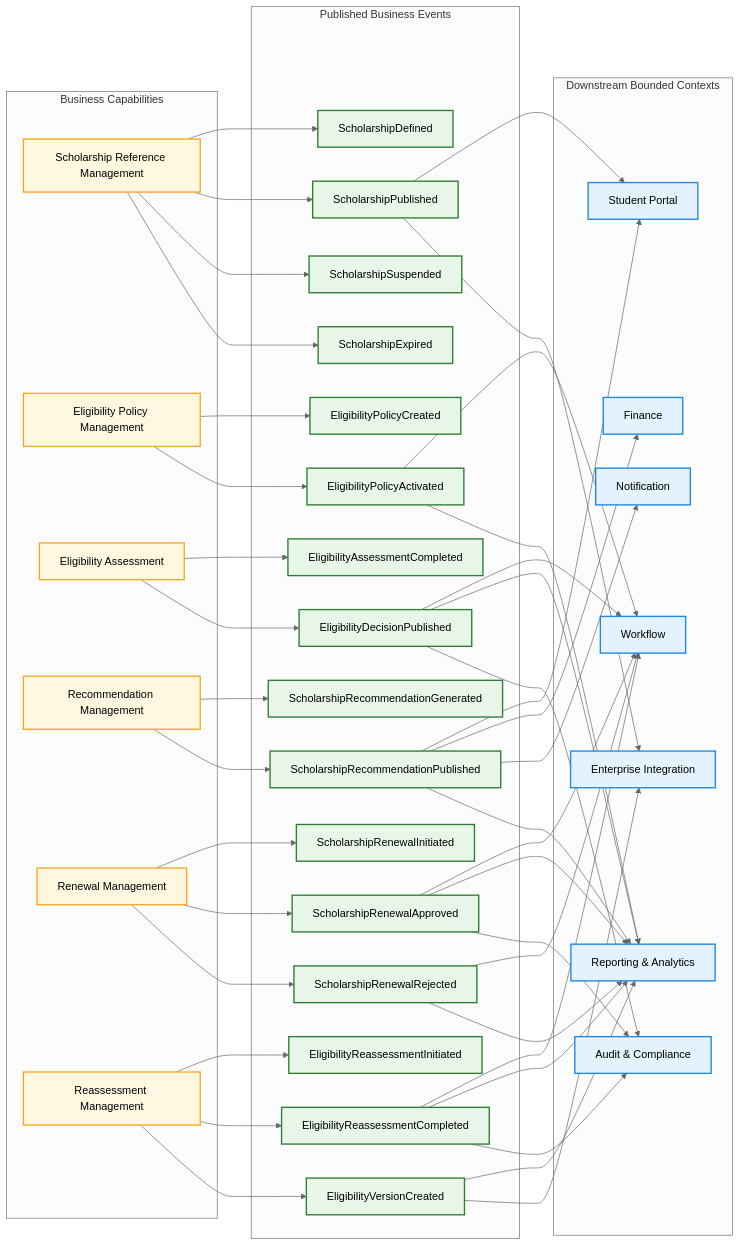
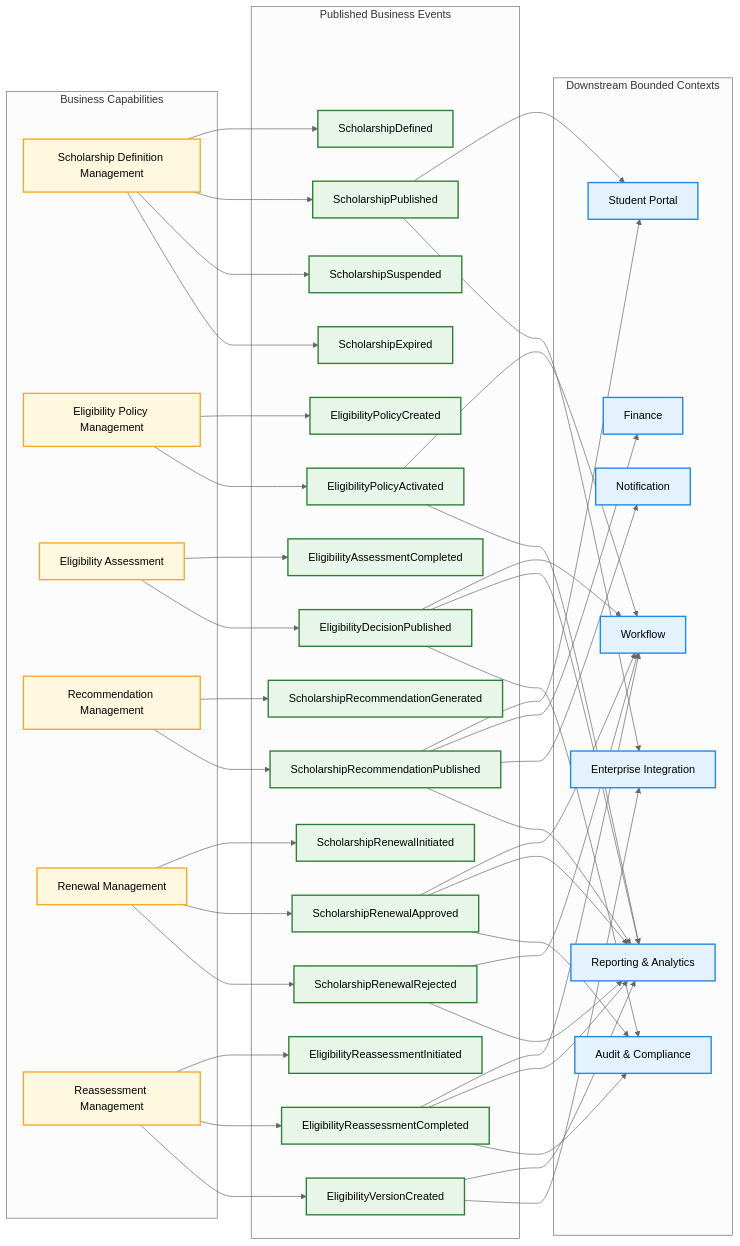
Before and after one commit to Varad1604/ERP_hark: diagram 11 of 15 in architecture/L2_Domain_Workflow_Architecture/section-c/L2-C07_Scholarship_Eligibility_Workflows.md, drawn with Mermaid (neutral theme). The commit also changed other lines of this file and 39 other files, not shown here.

```diff
--- a/architecture/L2_Domain_Workflow_Architecture/section-c/L2-C07_Scholarship_Eligibility_Workflows.md
+++ b/architecture/L2_Domain_Workflow_Architecture/section-c/L2-C07_Scholarship_Eligibility_Workflows.md
@@ -4151,7 +4158,7 @@
 
 subgraph CAP["Business Capabilities"]
 
-SD["Scholarship Reference Management"]
+SD["Scholarship Definition Management"]
 
 EP["Eligibility Policy Management"]
 
```
